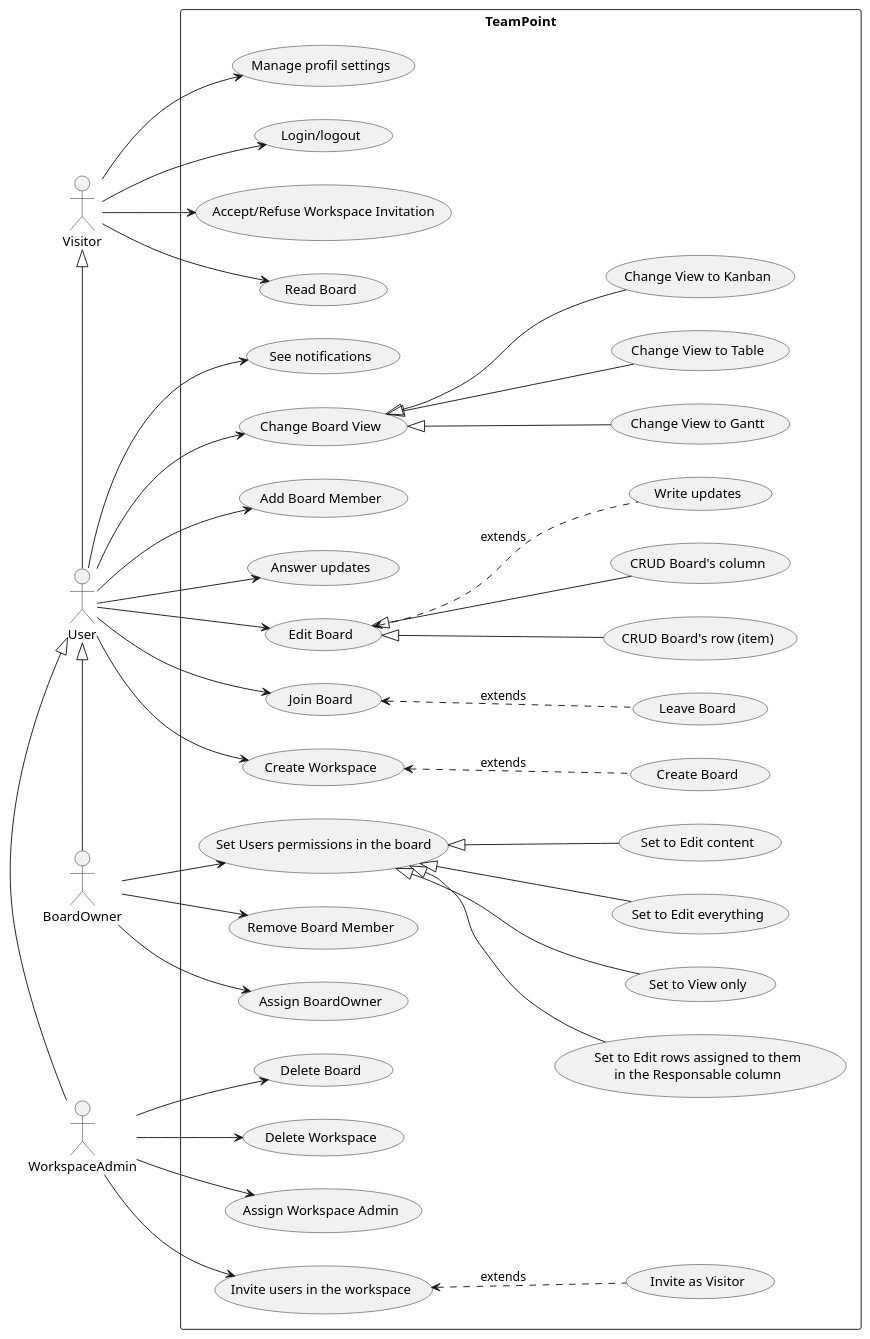
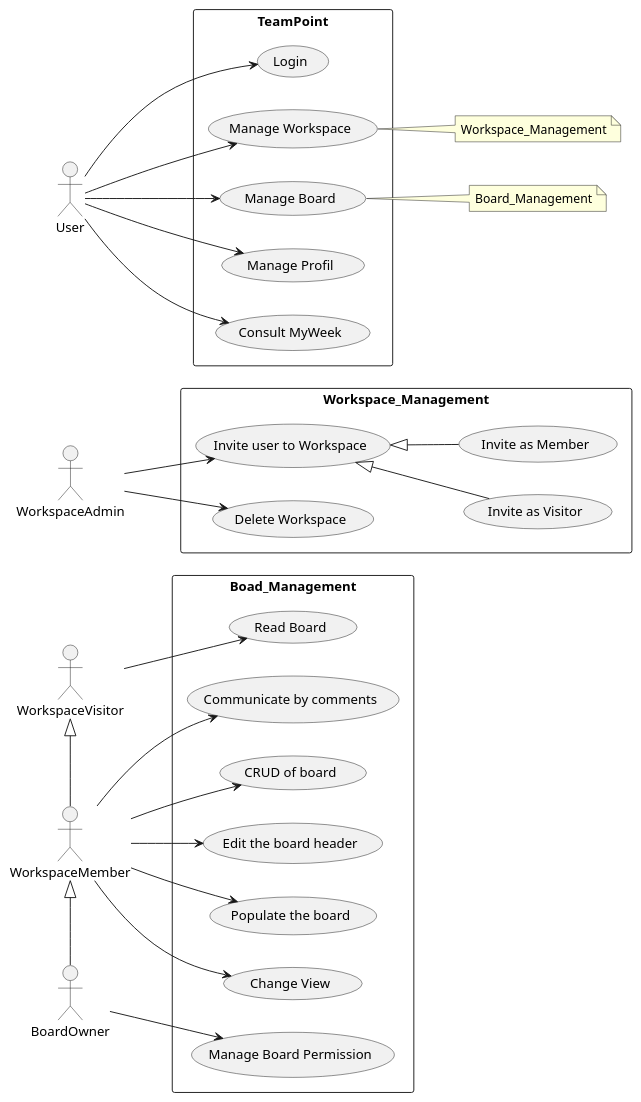
One commit to tirgue/TeamPoint changed the diagram in usecase.plantuml. Above: the diagram before and after it, drawn with PlantUML.

```diff
--- a/usecase.plantuml
+++ b/usecase.plantuml
@@ -1,77 +1,61 @@
 @startuml
 left to right direction
 
-actor Visitor
+actor WorkspaceAdmin
 actor User
+actor WorkspaceMember
 actor BoardOwner
-actor WorkspaceAdmin
-Visitor <|-right- User
-User <|-right- WorkspaceAdmin
-User <|-right- BoardOwner
+actor WorkspaceVisitor
 
-rectangle TeamPoint{ 
-  usecase "Create Workspace" as UC1
-  usecase "Create Board" as UC2
-  usecase "Invite users in the workspace" as UC3
-  usecase "See notifications" as UC4
-  usecase "Set Users permissions in the board" as UC5
-  usecase "Delete Board" as UC6
-  usecase "Change Board View" as UC7
-  usecase "Change View to Kanban" as UC8
-  usecase "Change View to Gantt" as UC9
-  usecase "Change View to Table" as UC10
-  usecase "Accept/Refuse Workspace Invitation" as UC11
-  usecase "Invite as Visitor" as UC12
-  usecase "Read Board" as UC13
-  usecase "Delete Workspace" as UC14
-  usecase "Assign Workspace Admin" as UC15
-  usecase "Set to Edit everything" as UC16
-  usecase "Set to Edit content" as UC17
-  usecase "Set to Edit rows assigned to them\nin the Responsable column" as UC18
-  usecase "Set to View only" as UC19
-  usecase "Add Board Member" as UC20
-  usecase "Remove Board Member" as UC21
-  usecase "Leave Board" as UC22
-  usecase "Assign BoardOwner" as UC23
-  usecase "Join Board" as UC24
-  usecase "Edit Board" as UC28
-  usecase "Write updates" as UC29
-  usecase "CRUD Board's row (item)" as UC30
-  usecase "CRUD Board's column" as UC31
-  usecase "Manage profil settings" as UC32
-  usecase "Answer updates" as UC33
-  usecase "Login/logout" as UC34
+rectangle TeamPoint{
+  usecase "Login" as UC112
+  usecase "Manage Workspace" as UC110
+  usecase "Manage Board" as UC111
+  usecase "Manage Profil" as UC113
+  'usecase "Consult inbox" as UC118
+  usecase "Consult MyWeek" as UC117
 }
+User --> UC110
+User --> UC111
+User --> UC112
+User --> UC113
+User --> UC117
+'User --> UC118
+note right of (UC110)
+  Workspace_Management
+end note
+note right of (UC111)
+  Board_Management
+end note
 
-User --> UC1
-UC2 .up.> UC1 : extends
-WorkspaceAdmin --> UC3
-User --> UC4
-BoardOwner --> UC5
-WorkspaceAdmin --> UC6
-User --> UC7
-UC7 <|-- UC8
-UC7 <|-- UC9
-UC7 <|-- UC10
-Visitor --> UC11
-UC12 .up.> UC3 : extends
-Visitor --> UC13
-WorkspaceAdmin --> UC14
-WorkspaceAdmin --> UC15
-UC5 <|-- UC16
-UC5 <|-- UC17
-UC5 <|-- UC18
-UC5 <|-- UC19
-User --> UC20
-BoardOwner --> UC21
-User --> UC24
-BoardOwner --> UC23
-UC22 .up.> UC24 : extends
-User --> UC28
-UC29 .up.> UC28 : extends
-UC28 <|-- UC30
-UC28 <|-- UC31
-Visitor --> UC32
-User --> UC33
-Visitor --> UC34
+rectangle Workspace_Management{
+  usecase "Invite user to Workspace" as UC107
+  usecase "Delete Workspace" as UC108
+  usecase "Invite as Visitor" as UC114
+  usecase "Invite as Member" as UC115
+}
+WorkspaceAdmin --> UC108
+WorkspaceAdmin --> UC107
+UC107 <|-- UC114
+UC107 <|-- UC115
+
+rectangle Boad_Management{
+  usecase "CRUD of board" as UC101
+  usecase "Edit the board header" as UC102
+  usecase "Populate the board" as UC103
+  usecase "Change View" as UC104
+  usecase "Communicate by comments" as UC105
+  usecase "Manage Board Permission" as UC106
+  usecase "Read Board" as UC116
+}
+WorkspaceMember <|-right- BoardOwner
+WorkspaceVisitor <|-right- WorkspaceMember
+WorkspaceMember --> UC101
+WorkspaceMember --> UC103
+WorkspaceMember --> UC102
+WorkspaceMember --> UC104
+WorkspaceMember --> UC105
+BoardOwner --> UC106
+WorkspaceVisitor --> UC116
+
 @enduml
```
